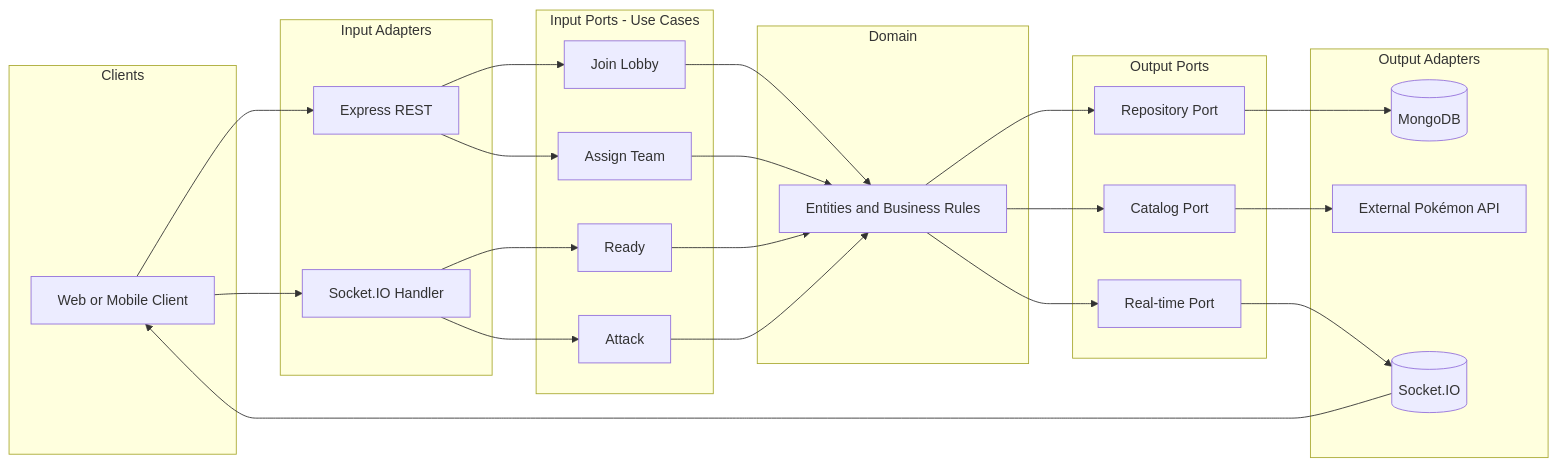
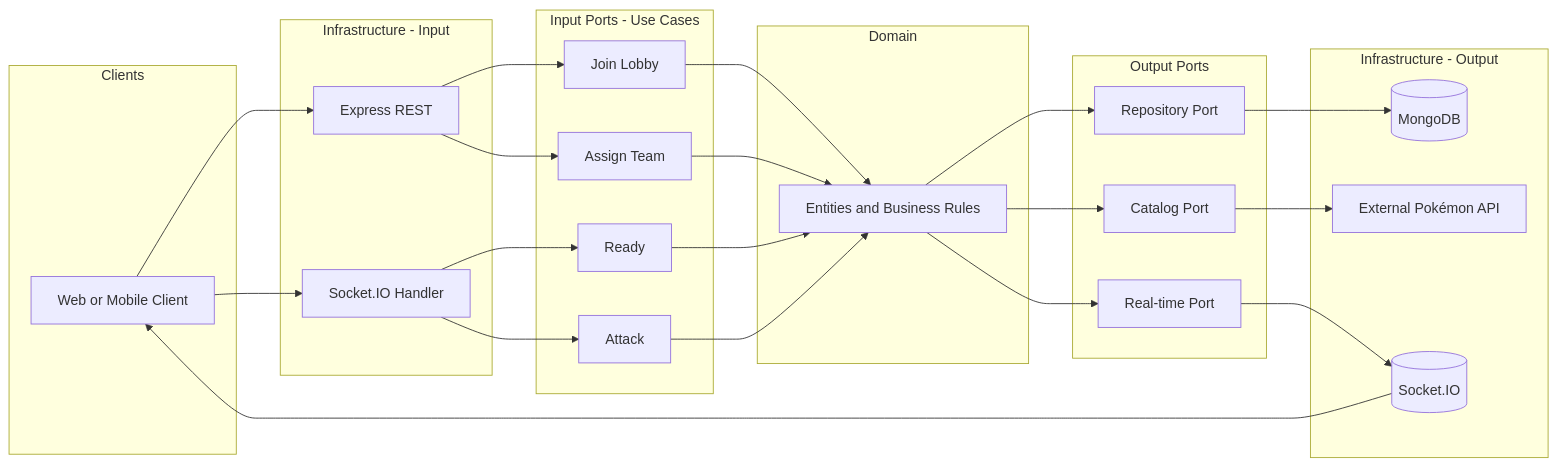
The diagram in docs/architecture.md (vcoromero/pokepvp), drawn with Mermaid before and after one commit. The commit also changed other lines of this file and 23 other files, not shown here.

````diff
--- a/docs/architecture.md
+++ b/docs/architecture.md
@@ -82,52 +87,52 @@
 ```mermaid
 flowchart LR
   subgraph clients [Clients]
     WebClient[Web or Mobile Client]
   end
 
-  subgraph inputAdapters [Input Adapters]
+  subgraph infrastructure [Infrastructure - Input]
     ExpressREST[Express REST]
     SocketIOHandler[Socket.IO Handler]
   end
 
   subgraph inputPorts [Input Ports - Use Cases]
     JoinLobby[Join Lobby]
     AssignTeam[Assign Team]
     Ready[Ready]
     Attack[Attack]
   end
 
   subgraph domain [Domain]
     Entities[Entities and Business Rules]
   end
 
   subgraph outputPorts [Output Ports]
     RepoPort[Repository Port]
     CatalogPort[Catalog Port]
     RealtimePort[Real-time Port]
   end
 
-  subgraph outputAdapters [Output Adapters]
+  subgraph outputInfra [Infrastructure - Output]
     MongoDB[(MongoDB)]
     ExternalAPI[External Pokémon API]
     SocketIO[(Socket.IO)]
   end
 
   WebClient --> ExpressREST
   WebClient --> SocketIOHandler
   ExpressREST --> JoinLobby
   ExpressREST --> AssignTeam
   SocketIOHandler --> Ready
   SocketIOHandler --> Attack
   JoinLobby --> Entities
   AssignTeam --> Entities
   Ready --> Entities
   Attack --> Entities
   Entities --> RepoPort
   Entities --> CatalogPort
   Entities --> RealtimePort
   RepoPort --> MongoDB
   CatalogPort --> ExternalAPI
   RealtimePort --> SocketIO
   SocketIO --> WebClient
 ```
````
